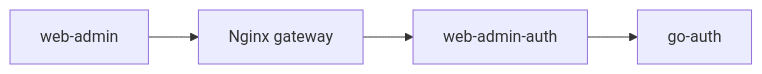
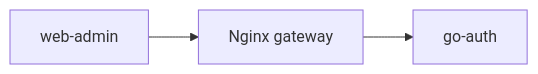
One commit to leetun2k2/web-admin changed the diagram in README.md. Above: the diagram before and after it, drawn with Mermaid. The commit also changed other lines of this file and 16 other files, not shown here.

First line of the commit message:
feat(web-admin): add product catalog management and adapt to direct browser auth

````diff
--- a/README.md
+++ b/README.md
@@ -8,6 +8,5 @@
 ```mermaid
 flowchart LR
   Browser[web-admin] --> Gateway[Nginx gateway]
-  Gateway --> Adapter[web-admin-auth]
-  Adapter --> Core[go-auth]
+  Gateway --> Core[go-auth]
 ```
````
